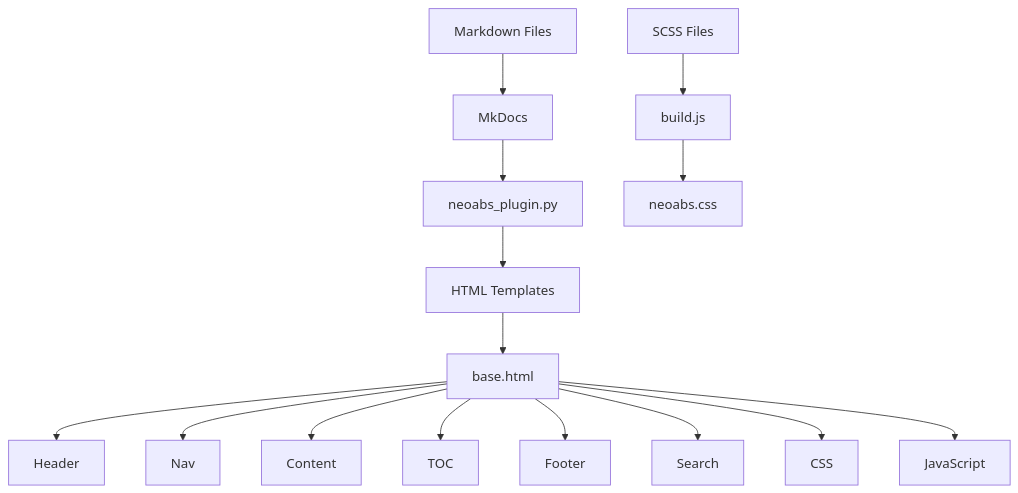
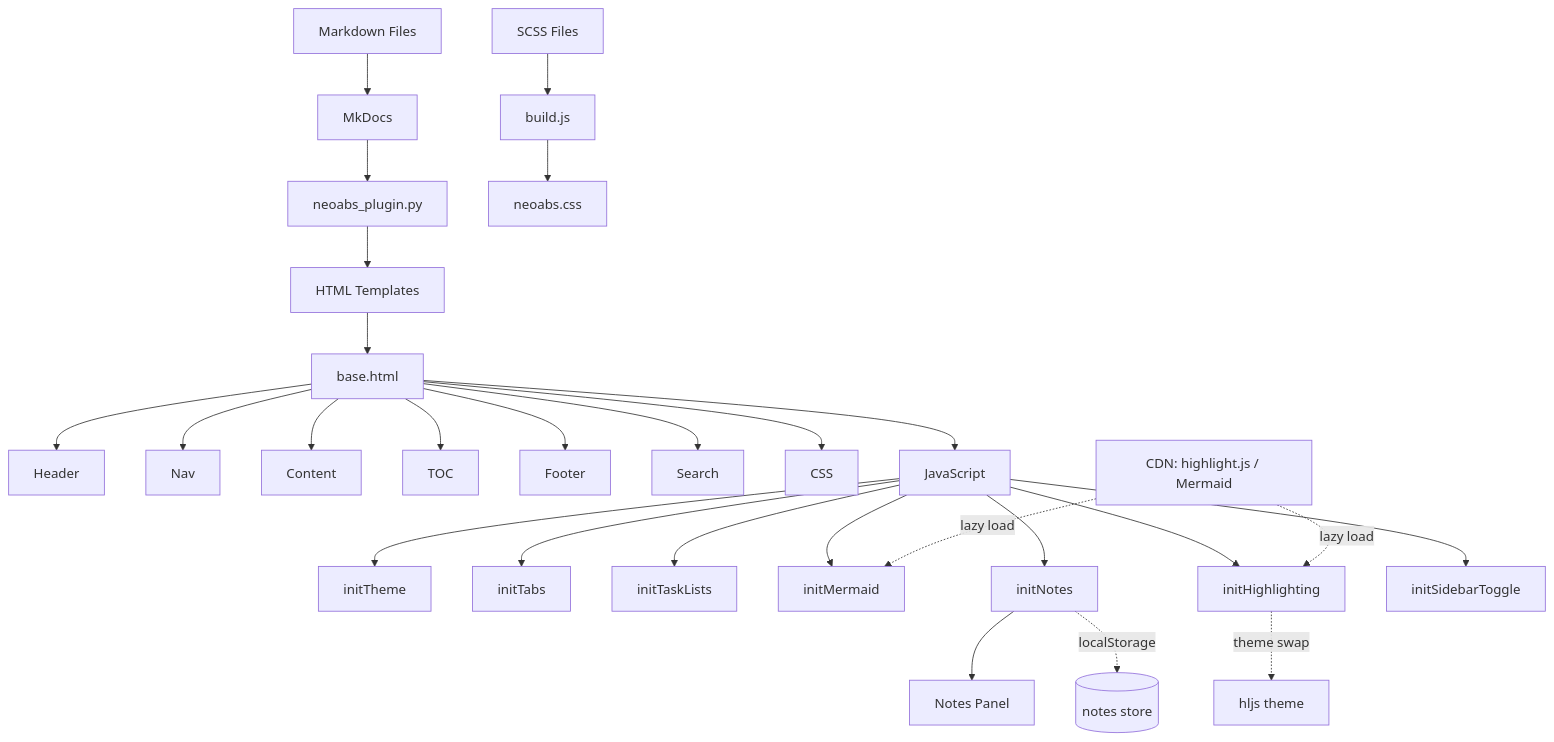
The diagram in docs/architecture.md (rkriad585/mkdocs-neoabs), drawn with Mermaid before and after one commit. The commit also changed other lines of this file and 33 other files, not shown here.

````diff
--- a/docs/architecture.md
+++ b/docs/architecture.md
@@ -131,17 +151,29 @@
 ```mermaid
 graph TD
     A[Markdown Files] --> B[MkDocs]
     B --> C[neoabs_plugin.py]
     C --> D[HTML Templates]
     D --> E[base.html]
     E --> F[Header]
     E --> G[Nav]
     E --> H[Content]
     E --> I[TOC]
     E --> J[Footer]
     E --> K[Search]
     E --> L[CSS]
     E --> M[JavaScript]
+    M --> M1[initTheme]
+    M --> M2[initTabs]
+    M --> M3[initTaskLists]
+    M --> M4[initMermaid]
+    M --> M5[initNotes]
+    M --> M6[initHighlighting]
+    M --> M7[initSidebarToggle]
+    CDNs[CDN: highlight.js / Mermaid] -.->|lazy load| M6
+    CDNs -.->|lazy load| M4
+    M5 --> Notes[Notes Panel]
+    M5 -.->|localStorage| NL[(notes store)]
+    M6 -.->|theme swap| HLJS[hljs theme]
     N[SCSS Files] --> O[build.js]
     O --> P[neoabs.css]
 ```
````
